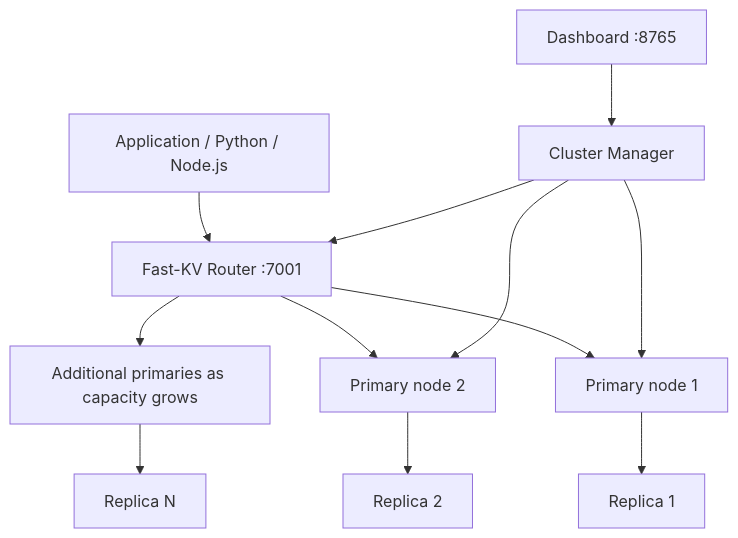
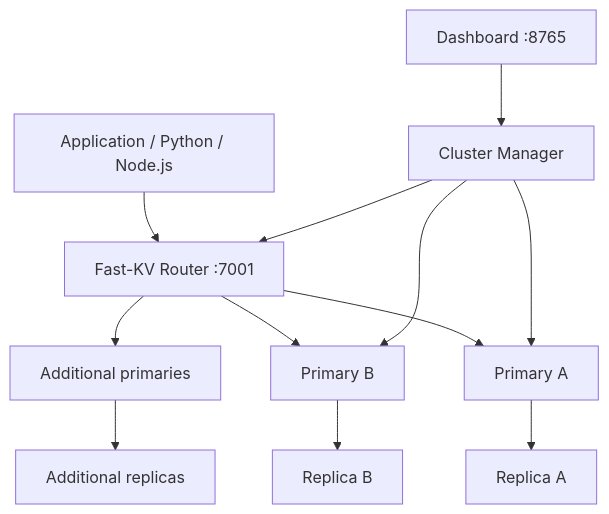
The diagram in README.md (Bhavish777-k/Mini-Redis), drawn with Mermaid before and after one commit. The commit also changed other lines of this file and 17 other files, not shown here.

````diff
--- a/README.md
+++ b/README.md
@@ -22,14 +21,14 @@
 ```mermaid
 flowchart TD
     APP[Application / Python / Node.js] --> ROUTER[Fast-KV Router :7001]
-    ROUTER --> P1[Primary node 1]
-    ROUTER --> P2[Primary node 2]
-    ROUTER --> PN[Additional primaries as capacity grows]
-    P1 --> R1[Replica 1]
-    P2 --> R2[Replica 2]
-    PN --> RN[Replica N]
+    ROUTER --> P1[Primary A]
+    ROUTER --> P2[Primary B]
+    ROUTER --> PN[Additional primaries]
+    P1 --> R1[Replica A]
+    P2 --> R2[Replica B]
+    PN --> RN[Additional replicas]
     WEB[Dashboard :8765] --> MANAGER[Cluster Manager]
     MANAGER --> ROUTER
     MANAGER --> P1
     MANAGER --> P2
 ```
````
